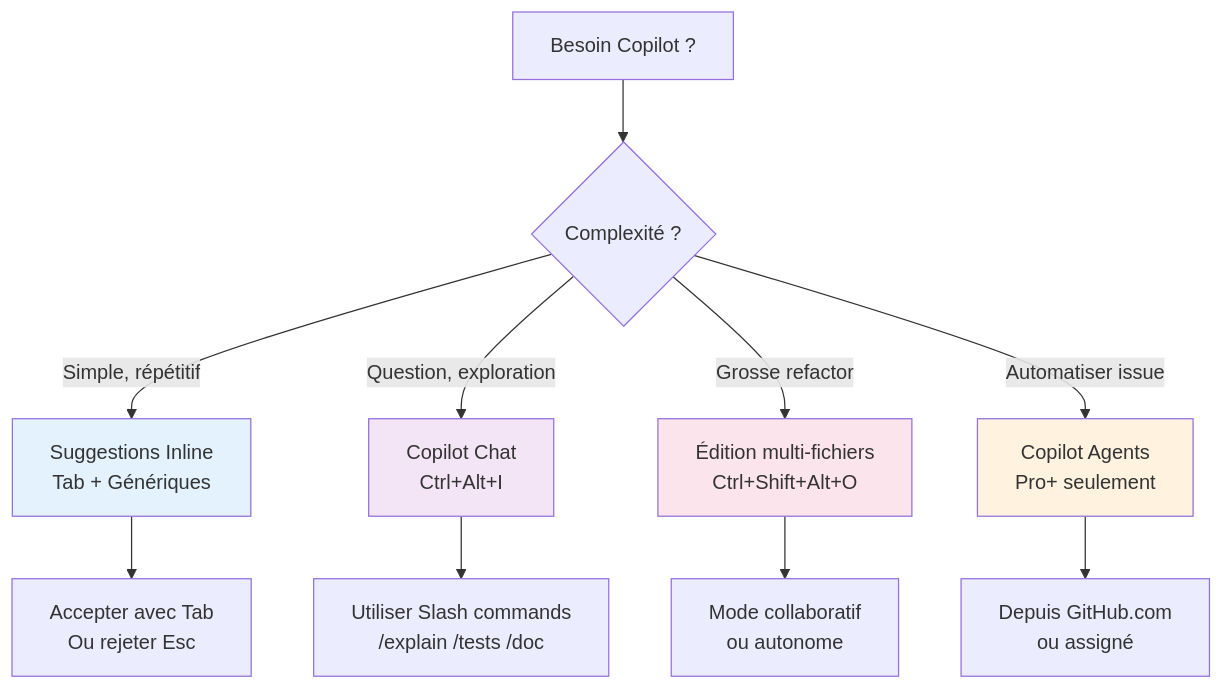
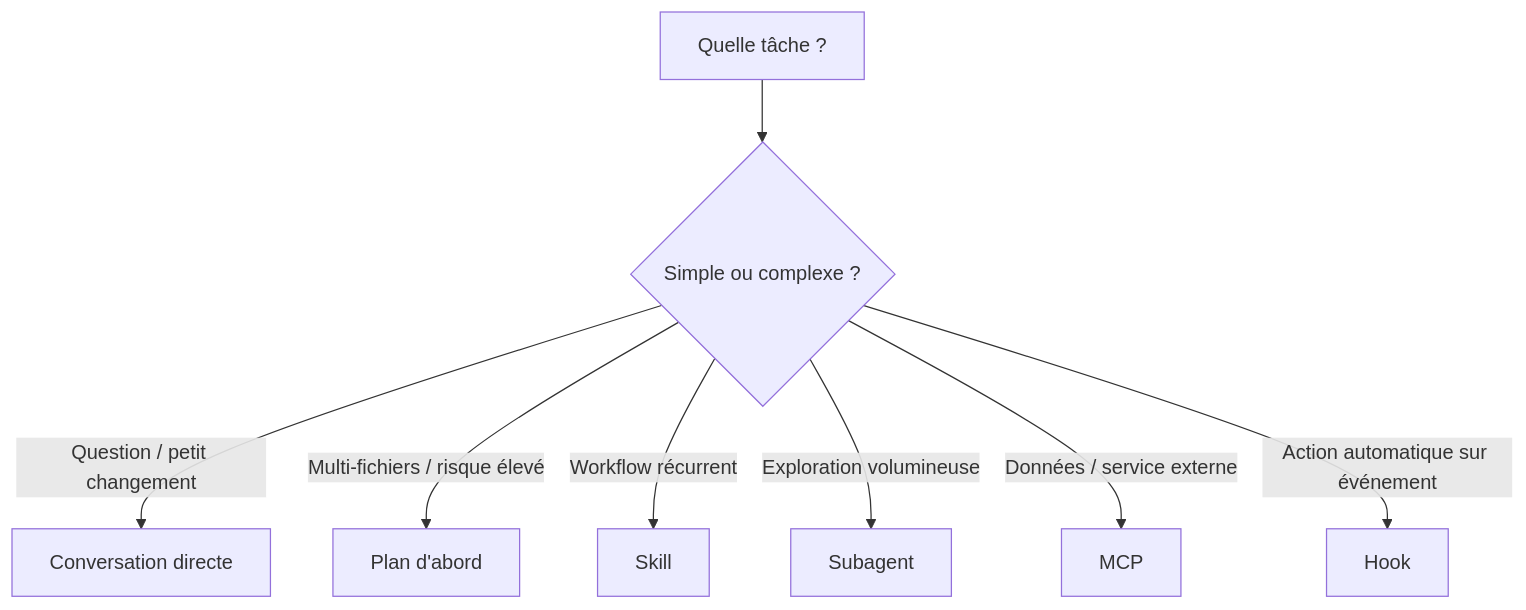
One commit to FTurleque/doc-utilisation-ia changed the diagram in docs/chapitre-9-bonnes-pratiques/utilisation-effective.md. Above: the diagram before and after it, drawn with Mermaid. The commit also changed other lines of this file and 261 other files, not shown here.

````diff
--- a/docs/chapitre-9-bonnes-pratiques/utilisation-effective.md
+++ b/docs/chapitre-9-bonnes-pratiques/utilisation-effective.md
@@ -9,18 +11,10 @@
 ```mermaid
 graph TD
-    A["Besoin Copilot ?"] --> B{Complexité ?}
-    B -->|Simple, répétitif| C["Suggestions Inline <br/> Tab + Génériques"]
-    B -->|Question, exploration| D["Copilot Chat <br/> Ctrl+Alt+I "]
-    B -->|Grosse refactor| E["Édition multi-fichiers <br/> Ctrl+Shift+Alt+O "]
-    B -->|Automatiser issue| F["Copilot Agents <br/> Pro+ seulement "]
-    
-    C --> G["Accepter avec Tab <br/> Ou rejeter Esc"]
-    D --> H["Utiliser Slash commands <br/> /explain /tests /doc "]
-    E --> I["Mode collaboratif <br/> ou autonome"]
-    F --> J["Depuis GitHub.com <br/> ou assigné"]
-    
-    style C fill:#e3f2fd
-    style D fill:#f3e5f5
-    style E fill:#fce4ec
-    style F fill:#fff3e0
+    A["Quelle tâche ?"] --> B{"Simple ou complexe ?"}
+    B -->|"Question / petit changement"| C["Conversation directe"]
+    B -->|"Multi-fichiers / risque élevé"| D["Plan d'abord"]
+    B -->|"Workflow récurrent"| E["Skill"]
+    B -->|"Exploration volumineuse"| F["Subagent"]
+    B -->|"Données / service externe"| G["MCP"]
+    B -->|"Action automatique sur événement"| H["Hook"]
 ```
````
